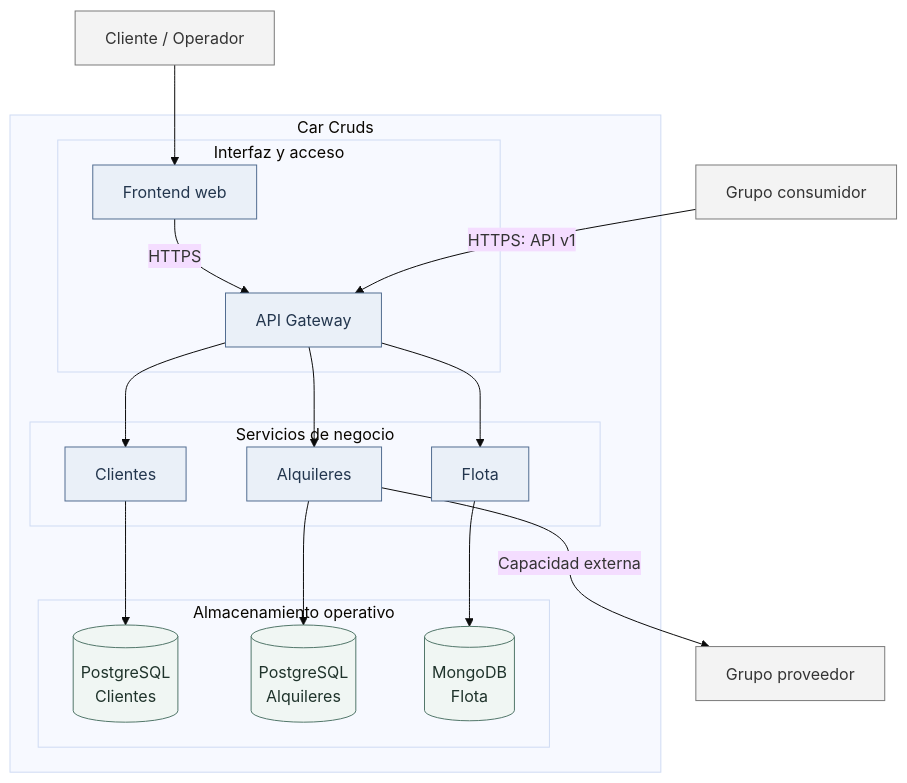
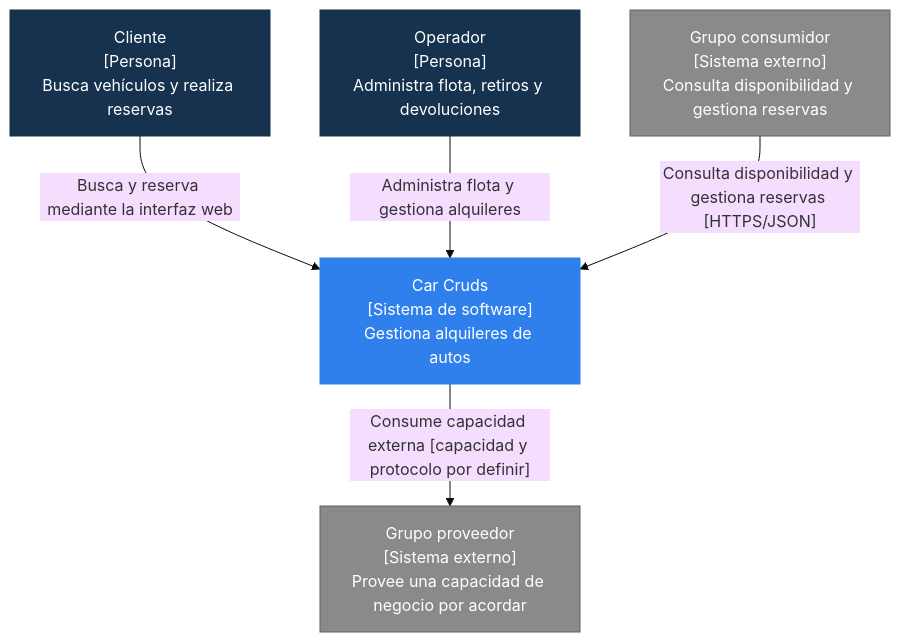
The second of 3 diagrams in docs/ARCHITECTURE.md (Gerpeirone/Car-Cruds), drawn with Mermaid (base theme) before and after one commit.

Commit message:
diagrama de contexto actualizado
Updated architecture document to include new flowchart and details.

````diff
--- a/docs/ARCHITECTURE.md
+++ b/docs/ARCHITECTURE.md
@@ -55,38 +55,23 @@
 ```mermaid
 flowchart TB
-    Users["Cliente / Operador"]
-    Consumer["Grupo consumidor"]
-    Provider["Grupo proveedor"]
-    subgraph System["Car Cruds"]
-        subgraph Access["Interfaz y acceso"]
-            Web["Frontend web"]
-            GW["API Gateway"]
-        end
-        subgraph Services["Servicios de negocio"]
-            Customers["Clientes"]
-            Rentals["Alquileres"]
-            Fleet["Flota"]
-        end
-        subgraph Stores["Almacenamiento operativo"]
-            CDB[("PostgreSQL<br/>Clientes")]
-            RDB[("PostgreSQL<br/>Alquileres")]
-            FDB[("MongoDB<br/>Flota")]
-        end
-        Web -->|HTTPS| GW
-        GW --> Customers
-        GW --> Rentals
-        GW --> Fleet
-        Customers --> CDB
-        Rentals --> RDB
-        Fleet --> FDB
-    end
-    Users --> Web
-    Consumer -->|HTTPS: API v1| GW
-    Rentals -->|Capacidad externa| Provider
-    classDef app fill:#eaf0f8,stroke:#526d91,color:#23364e
-    classDef data fill:#f0f6f3,stroke:#52776a,color:#1f332b
-    classDef external fill:#f3f3f3,stroke:#7a7a7a,color:#333333
-    class Web,GW,Customers,Rentals,Fleet app
-    class CDB,RDB,FDB data
-    class Users,Consumer,Provider external
+    Client["Cliente<br/>[Persona]<br/>Busca vehículos y realiza reservas"]
+    Operator["Operador<br/>[Persona]<br/>Administra flota, retiros y devoluciones"]
+
+    System["Car Cruds<br/>[Sistema de software]<br/>Gestiona alquileres de autos"]
+
+    Consumer["Grupo consumidor<br/>[Sistema externo]<br/>Consulta disponibilidad y gestiona reservas"]
+    Provider["Grupo proveedor<br/>[Sistema externo]<br/>Provee una capacidad de negocio por acordar"]
+
+    Client -->|"Busca y reserva mediante la interfaz web"| System
+    Operator -->|"Administra flota y gestiona alquileres"| System
+    Consumer -->|"Consulta disponibilidad y gestiona reservas [HTTPS/JSON]"| System
+    System -->|"Consume capacidad externa [capacidad y protocolo por definir]"| Provider
+
+    classDef person fill:#16324f,color:#ffffff,stroke:#16324f;
+    classDef system fill:#2f80ed,color:#ffffff,stroke:#2f80ed;
+    classDef external fill:#8a8a8a,color:#ffffff,stroke:#606060;
+
+    class Client,Operator person;
+    class System system;
+    class Consumer,Provider external;
 ```
````
